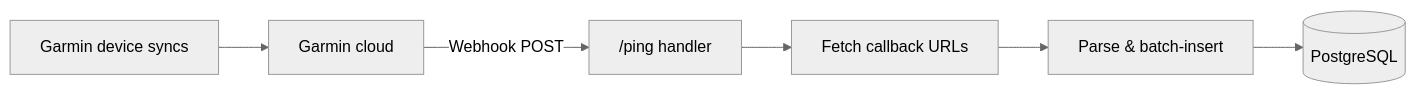
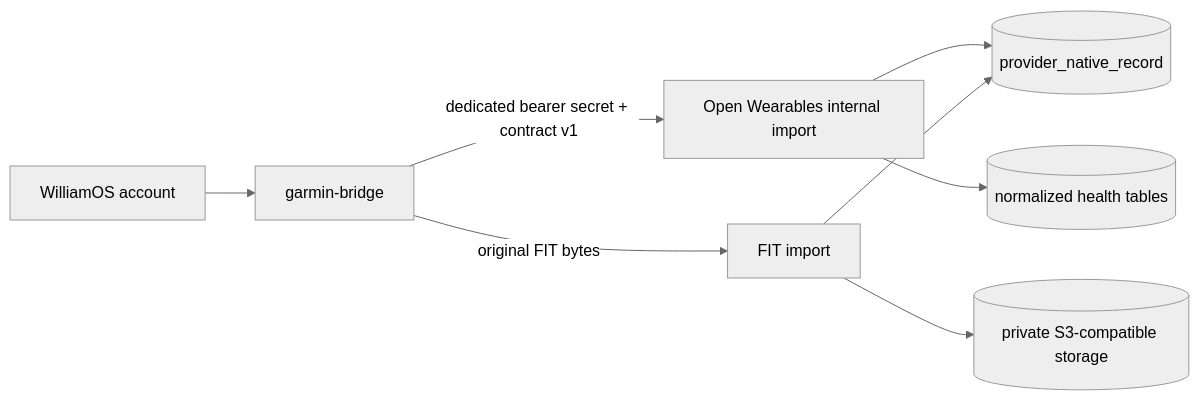
The diagram in docs/providers/garmin-data-pipeline.mdx (williamos-hq/open-wearables), drawn with Mermaid (neutral theme) before and after one commit. The commit also changed other lines of this file and 69 other files, not shown here.

Commit message:
feat(backend): add secure Garmin bridge imports

````diff
--- a/docs/providers/garmin-data-pipeline.mdx
+++ b/docs/providers/garmin-data-pipeline.mdx
@@ -34,8 +31,10 @@
 ```mermaid
-graph LR
-    A["Garmin device syncs"] --> B["Garmin cloud"]
-    B -->|"Webhook POST"| C["/ping handler"]
-    C --> D["Fetch callback URLs"]
-    D --> E["Parse & batch-insert"]
-    E --> F[("PostgreSQL")]
+flowchart LR
+    Account["WilliamOS account"] --> Bridge["garmin-bridge"]
+    Bridge -->|"dedicated bearer secret + contract v1"| Import["Open Wearables internal import"]
+    Import --> Native[("provider_native_record")]
+    Import --> Normalized[("normalized health tables")]
+    Bridge -->|"original FIT bytes"| FitImport["FIT import"]
+    FitImport --> Objects[("private S3-compatible storage")]
+    FitImport --> Native
 ```
````
